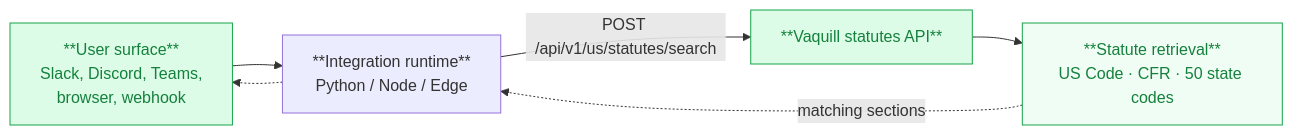
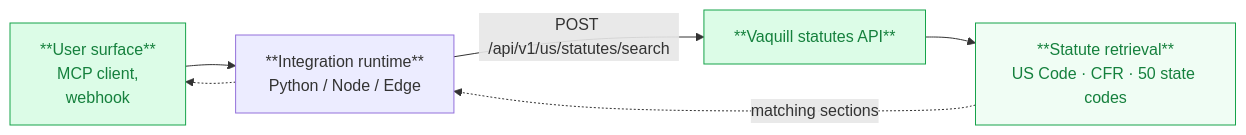
Before and after one commit to Vaquill-AI/vaquill-ai-docs: the diagram in integrations/index.mdx, drawn with Mermaid. The commit also changed other lines of this file and 98 other files, not shown here.

````diff
--- a/integrations/index.mdx
+++ b/integrations/index.mdx
@@ -52,12 +35,12 @@
 ```mermaid
 flowchart LR
-    A["**User surface**<br/>Slack, Discord, Teams,<br/>browser, webhook"] --> B["**Integration runtime**<br/>Python / Node / Edge"]
+    A["**User surface**<br/>MCP client,<br/>webhook"] --> B["**Integration runtime**<br/>Python / Node / Edge"]
     B -->|"POST /api/v1/us/statutes/search"| C["**Vaquill statutes API**"]
     C --> D["**Statute retrieval**<br/>US Code · CFR · 50 state codes"]
     D -.->|"matching sections"| B
     B -.-> A
 
     style A fill:#dcfce7,stroke:#16a34a,color:#15803d
     style C fill:#dcfce7,stroke:#16a34a,color:#15803d
     style D fill:#f0fdf4,stroke:#16a34a,color:#15803d
 ```
````
